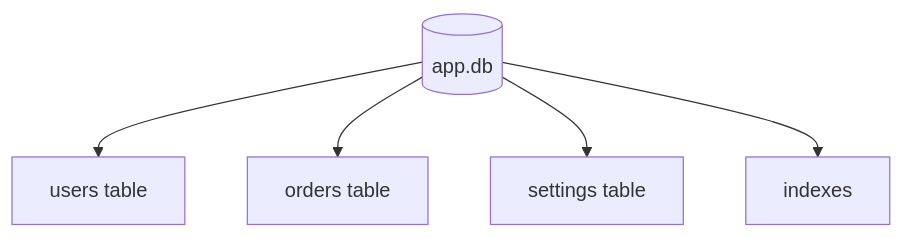
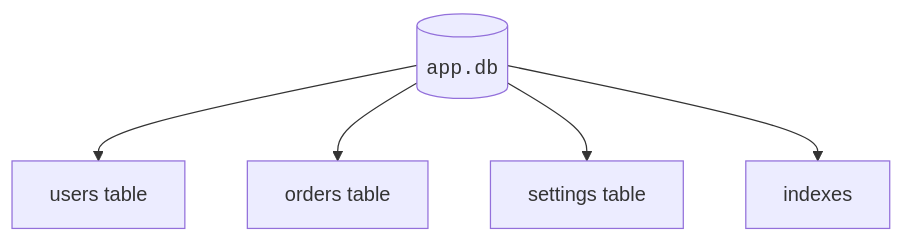
Before and after one commit to dataslope/dataslope: the fifth of 8 diagrams in content/learn/sqlite-for-beginners/why-sqlite.mdx, drawn with Mermaid. The commit also changed 153 other files, not shown here.

First line of the commit message:
Render code-only mermaid shapes in monospace; convert step sequences to Steps

````diff
--- a/content/learn/sqlite-for-beginners/why-sqlite.mdx
+++ b/content/learn/sqlite-for-beginners/why-sqlite.mdx
@@ -72,8 +72,8 @@
 ```mermaid
 flowchart TB
-    A[("app.db")]
+    A[("<code>app.db</code>")]
     A --> B["users table"]
     A --> C["orders table"]
     A --> D["settings table"]
     A --> E["indexes"]
 ```
````
